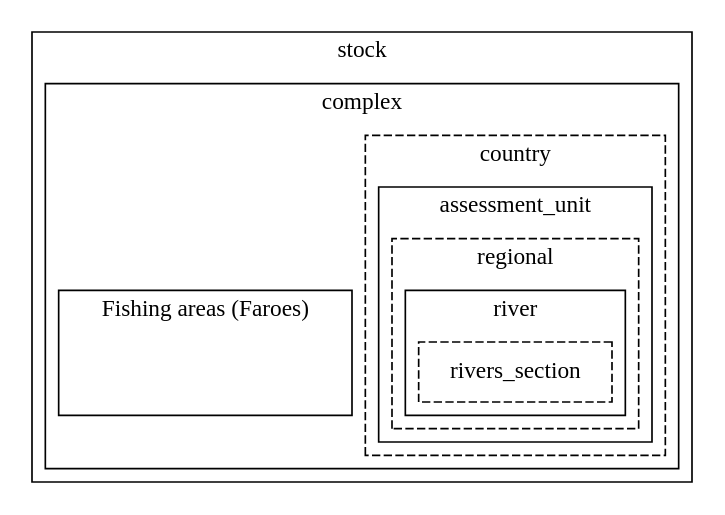
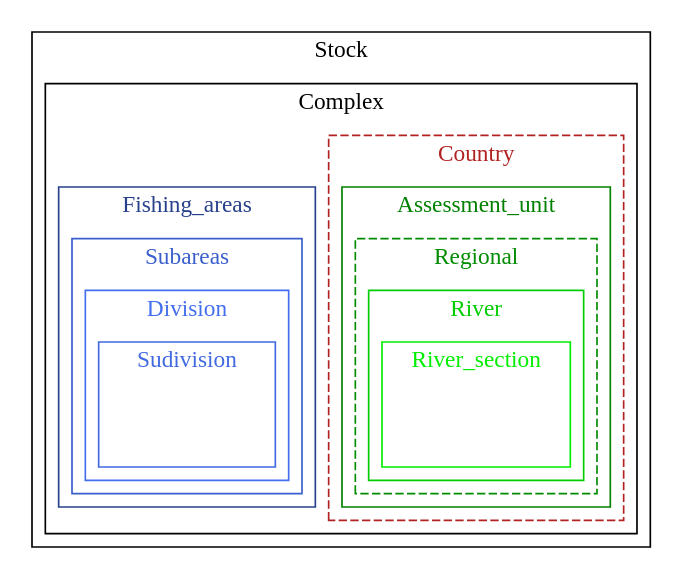
One commit to DIASPARAproject/WP3_migdb changed the second of 2 diagrams in R/midb.qmd. Above: the diagram before and after it, drawn with Graphviz. The commit also changed other lines of this file and 8 other files, not shown here.

Commit message:
dev #8 #6 #3 fishing areas, primary keys format

````diff
--- a/R/midb.qmd
+++ b/R/midb.qmd
@@ -1570,44 +1611,80 @@
     newrank=true;
 
     subgraph clusterA {
-      label = "stock"
+      label = "Stock"
       style=full
       color=black
       center=true
 
       subgraph clusterB {
-        label = "complex"
+        label = "Complex"
         style=full
         color=black
         center=true
     
         subgraph clusterC {
-          label = "country"
+          label = "Country"
           style=dashed
-          color=black
+          color=firebrick
+          fontcolor=firebrick
           center=true
 
           subgraph clusterD {
-            label = "assessment_unit"
+            label = "Assessment_unit"
             style=full
-            color=black; 
+            color=green 
+            fontcolor=green
               subgraph clusterE {
-                label = "regional";
-                style=dashed;
-                color=black;             
+                label = "Regional";
+                style=dashed
+                color=green4
+                fontcolor=green4
                   subgraph clusterF {
-                    label = "river";
-                    style=full;
-                    color=black;
-                    section [label="rivers_section",shape="box", style ="dashed"]                     
+                    label = "River"
+                    style=full
+                    color=green3
+                    fontcolor=green3
+                        subgraph clusterFF {
+                                label = "River_section"
+                                style=full
+                                color=green2
+                                fontcolor=green2
+                                    section [
+                                        label="data",
+                                        shape="box", 
+                                        style =invis
+                                      
+                                        ]
+                        }
                   }
               }
           }
         }
         subgraph clusterH{
-          label="Fishing areas (Faroes)";
-          style="full";
-          color="black";
-          Fishing [style=invis]
-        }}}}
+          label="Fishing_areas"
+          style="full"
+          color="royalblue4"
+          fontcolor="royalblue4"
+                subgraph clusterI{
+                    label="Subareas"
+                    style="full"
+                    color="royalblue3"
+                    fontcolor="royalblue3"
+                        subgraph clusterJ{
+                            label="Division"
+                            style="full"
+                            color="royalblue2"
+                            fontcolor="royalblue2"
+                                subgraph clusterJ{
+                                    label="Sudivision"
+                                    style="full"
+                                    color="royalblue"
+                                    fontcolor="royalblue"
+                                    Fishing [
+                                        style=invis]
+                                }
+                        }
+                }            
+        }          
+      }}}
 ```
````
